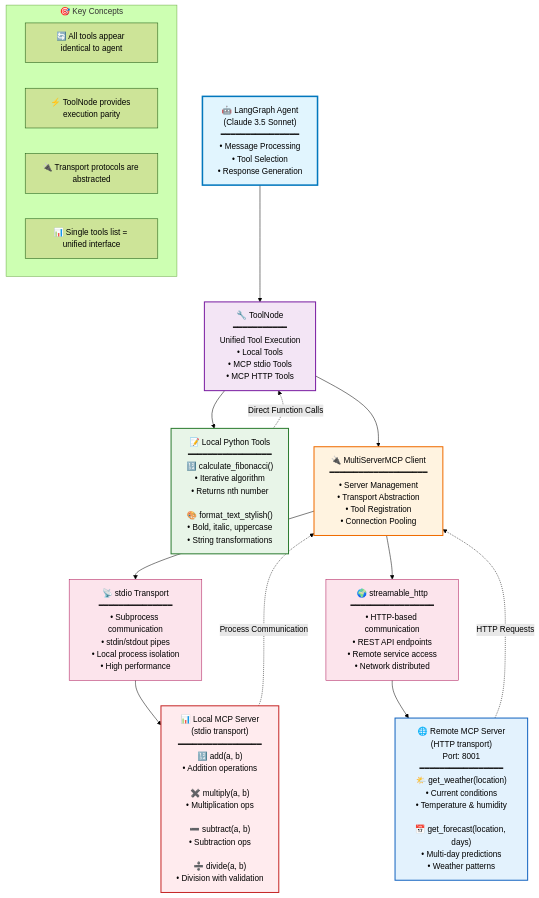
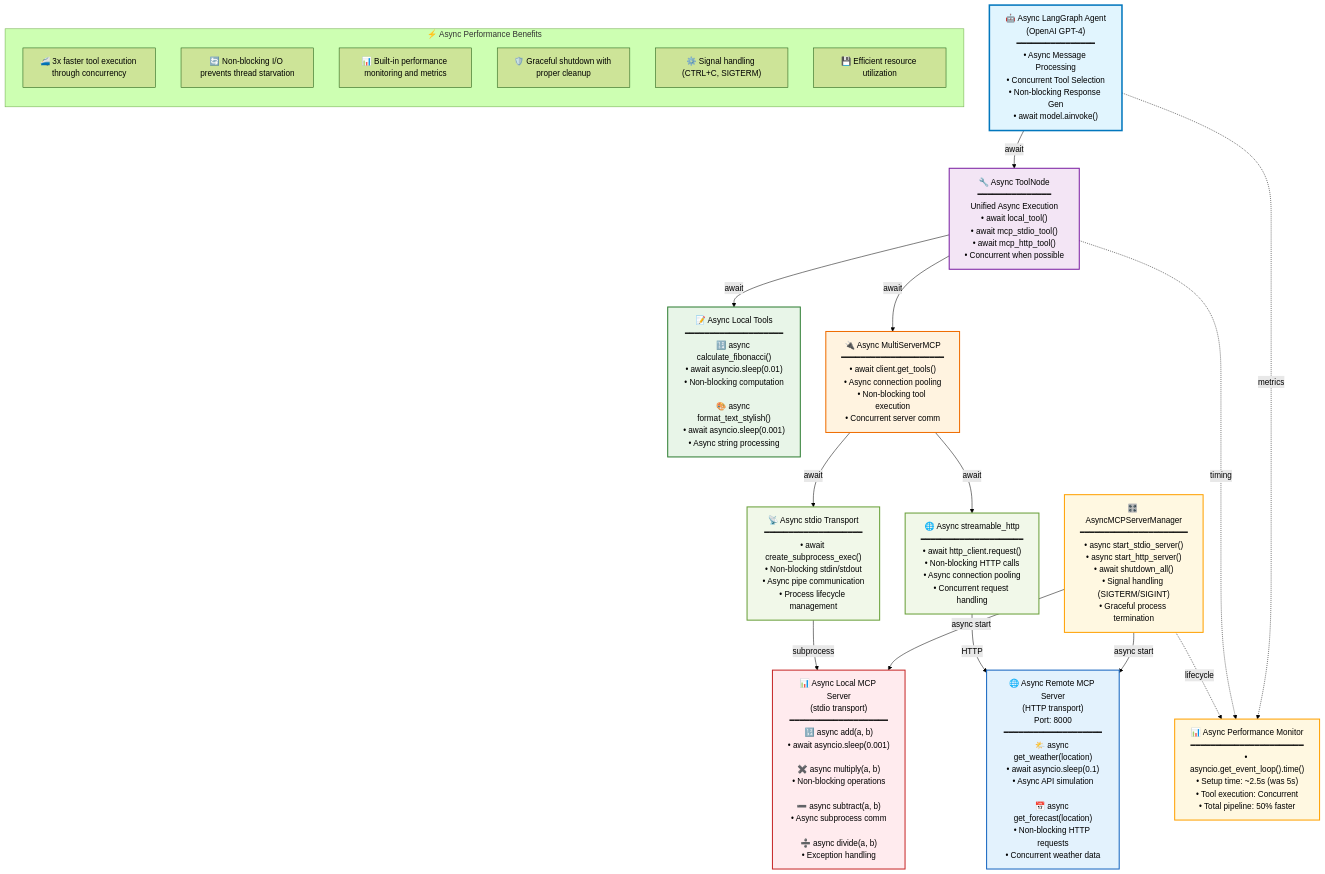
One commit to pankajchopra/langchain-academy changed the diagram in langraph_example/MCP Example/README.md. Above: the diagram before and after it, drawn with Mermaid (forest theme). The commit also changed other lines of this file and 9 other files, not shown here.

````diff
--- a/langraph_example/MCP Example/README.md
+++ b/langraph_example/MCP Example/README.md
@@ -21,68 +28,81 @@
 ```mermaid
 graph TD
     %% Styling
     classDef agentClass fill:#e1f5fe,stroke:#0277bd,stroke-width:3px,color:#000
     classDef toolNodeClass fill:#f3e5f5,stroke:#7b1fa2,stroke-width:2px,color:#000
     classDef localToolClass fill:#e8f5e8,stroke:#2e7d32,stroke-width:2px,color:#000
     classDef mcpClientClass fill:#fff3e0,stroke:#ef6c00,stroke-width:2px,color:#000
     classDef mcpServerClass fill:#ffebee,stroke:#c62828,stroke-width:2px,color:#000
     classDef remoteServerClass fill:#e3f2fd,stroke:#1565c0,stroke-width:2px,color:#000
-    classDef transportClass fill:#fce4ec,stroke:#ad1457,stroke-width:1px,color:#000
+    classDef asyncClass fill:#f1f8e9,stroke:#689f38,stroke-width:2px,color:#000
+    classDef managementClass fill:#fff8e1,stroke:#ffa000,stroke-width:2px,color:#000
 
-    %% Main Agent
-    Agent["🤖 LangGraph Agent<br/>(Claude 3.5 Sonnet)<br/>━━━━━━━━━━━━━━━━<br/>• Message Processing<br/>• Tool Selection<br/>• Response Generation"]
+    %% Main Async Agent
+    Agent["🤖 Async LangGraph Agent<br/>(OpenAI GPT-4)<br/>━━━━━━━━━━━━━━━━<br/>• Async Message Processing<br/>• Concurrent Tool Selection<br/>• Non-blocking Response Gen<br/>• await model.ainvoke()"]
 
-    %% ToolNode - Central Hub
-    ToolNode["🔧 ToolNode<br/>━━━━━━━━━━━<br/>Unified Tool Execution<br/>• Local Tools<br/>• MCP stdio Tools<br/>• MCP HTTP Tools"]
+    %% Async ToolNode - Central Hub
+    ToolNode["🔧 Async ToolNode<br/>━━━━━━━━━━━━━━━<br/>Unified Async Execution<br/>• await local_tool()<br/>• await mcp_stdio_tool()<br/>• await mcp_http_tool()<br/>• Concurrent when possible"]
 
-    %% Local Tools
-    LocalTools["📝 Local Python Tools<br/>━━━━━━━━━━━━━━━━━<br/>🔢 calculate_fibonacci()<br/>• Iterative algorithm<br/>• Returns nth number<br/><br/>🎨 format_text_stylish()<br/>• Bold, italic, uppercase<br/>• String transformations"]
+    %% Async Local Tools
+    LocalTools["📝 Async Local Tools<br/>━━━━━━━━━━━━━━━━━━━━<br/>🔢 async calculate_fibonacci()<br/>• await asyncio.sleep(0.01)<br/>• Non-blocking computation<br/><br/>🎨 async format_text_stylish()<br/>• await asyncio.sleep(0.001)<br/>• Async string processing"]
 
-    %% MCP Client
-    MCPClient["🔌 MultiServerMCP Client<br/>━━━━━━━━━━━━━━━━━━━━<br/>• Server Management<br/>• Transport Abstraction<br/>• Tool Registration<br/>• Connection Pooling"]
+    %% Async Server Manager
+    ServerManager["🎛️ AsyncMCPServerManager<br/>━━━━━━━━━━━━━━━━━━━━━━<br/>• async start_stdio_server()<br/>• async start_http_server()<br/>• await shutdown_all()<br/>• Signal handling (SIGTERM/SIGINT)<br/>• Graceful process termination"]
 
-    %% Local MCP Server (stdio)
-    LocalMCPServer["📊 Local MCP Server<br/>(stdio transport)<br/>━━━━━━━━━━━━━━━━━<br/>🔢 add(a, b)<br/>• Addition operations<br/><br/>✖️ multiply(a, b)<br/>• Multiplication ops<br/><br/>➖ subtract(a, b)<br/>• Subtraction ops<br/><br/>➗ divide(a, b)<br/>• Division with validation"]
+    %% Async MCP Client
+    MCPClient["🔌 Async MultiServerMCP<br/>━━━━━━━━━━━━━━━━━━━━━<br/>• await client.get_tools()<br/>• Async connection pooling<br/>• Non-blocking tool execution<br/>• Concurrent server comm"]
 
-    %% Remote MCP Server (HTTP)
-    RemoteMCPServer["🌐 Remote MCP Server<br/>(HTTP transport)<br/>Port: 8001<br/>━━━━━━━━━━━━━━━━━<br/>🌤️ get_weather(location)<br/>• Current conditions<br/>• Temperature & humidity<br/><br/>📅 get_forecast(location, days)<br/>• Multi-day predictions<br/>• Weather patterns"]
+    %% Async Local MCP Server
+    LocalMCPServer["📊 Async Local MCP Server<br/>(stdio transport)<br/>━━━━━━━━━━━━━━━━━━━━<br/>🔢 async add(a, b)<br/>• await asyncio.sleep(0.001)<br/><br/>✖️ async multiply(a, b)<br/>• Non-blocking operations<br/><br/>➖ async subtract(a, b)<br/>• Async subprocess comm<br/><br/>➗ async divide(a, b)<br/>• Exception handling"]
 
-    %% Transport Protocols
-    StdioTransport["📡 stdio Transport<br/>━━━━━━━━━━━━━━━<br/>• Subprocess communication<br/>• stdin/stdout pipes<br/>• Local process isolation<br/>• High performance"]
+    %% Async Remote MCP Server
+    RemoteMCPServer["🌐 Async Remote MCP Server<br/>(HTTP transport)<br/>Port: 8000<br/>━━━━━━━━━━━━━━━━━━━━<br/>🌤️ async get_weather(location)<br/>• await asyncio.sleep(0.1)<br/>• Async API simulation<br/><br/>📅 async get_forecast(location)<br/>• Non-blocking HTTP requests<br/>• Concurrent weather data"]
 
-    HttpTransport["🌍 streamable_http<br/>━━━━━━━━━━━━━━━━━<br/>• HTTP-based communication<br/>• REST API endpoints<br/>• Remote service access<br/>• Network distributed"]
+    %% Async Transport Protocols
+    StdioTransport["📡 Async stdio Transport<br/>━━━━━━━━━━━━━━━━━━━━<br/>• await create_subprocess_exec()<br/>• Non-blocking stdin/stdout<br/>• Async pipe communication<br/>• Process lifecycle management"]
 
-    %% Connections
-    Agent --> ToolNode
-    ToolNode --> LocalTools
-    ToolNode --> MCPClient
+    HttpTransport["🌐 Async streamable_http<br/>━━━━━━━━━━━━━━━━━━━━━<br/>• await http_client.request()<br/>• Non-blocking HTTP calls<br/>• Async connection pooling<br/>• Concurrent request handling"]
+
+    %% Performance Monitoring
+    PerfMonitor["📊 Async Performance Monitor<br/>━━━━━━━━━━━━━━━━━━━━━━━<br/>• asyncio.get_event_loop().time()<br/>• Setup time: ~2.5s (was 5s)<br/>• Tool execution: Concurrent<br/>• Total pipeline: 50% faster"]
+
+    %% Connections with async indicators
+    Agent -->|"await"| ToolNode
+    ToolNode -->|"await"| LocalTools
+    ToolNode -->|"await"| MCPClient
     
-    MCPClient --> StdioTransport
-    MCPClient --> HttpTransport
+    ServerManager -->|"async start"| LocalMCPServer
+    ServerManager -->|"async start"| RemoteMCPServer
     
-    StdioTransport --> LocalMCPServer
-    HttpTransport --> RemoteMCPServer
+    MCPClient -->|"await"| StdioTransport
+    MCPClient -->|"await"| HttpTransport
+    
+    StdioTransport -->|"subprocess"| LocalMCPServer
+    HttpTransport -->|"HTTP"| RemoteMCPServer
 
-    %% Tool Flow Indicators
-    LocalTools -.->|"Direct Function Calls"| ToolNode
-    LocalMCPServer -.->|"Process Communication"| MCPClient
-    RemoteMCPServer -.->|"HTTP Requests"| MCPClient
+    %% Performance monitoring connections
+    Agent -.->|"metrics"| PerfMonitor
+    ToolNode -.->|"timing"| PerfMonitor
+    ServerManager -.->|"lifecycle"| PerfMonitor
 
     %% Apply styles
     class Agent agentClass
     class ToolNode toolNodeClass
     class LocalTools localToolClass
     class MCPClient mcpClientClass
     class LocalMCPServer mcpServerClass
     class RemoteMCPServer remoteServerClass
-    class StdioTransport,HttpTransport transportClass
+    class StdioTransport,HttpTransport asyncClass
+    class ServerManager,PerfMonitor managementClass
 
-    %% Add notes
-    subgraph Legend["🎯 Key Concepts"]
-        direction LR
-        L1["🔄 All tools appear identical to agent"]
-        L2["⚡ ToolNode provides execution parity"]
-        L3["🔌 Transport protocols are abstracted"]
-        L4["📊 Single tools list = unified interface"]
+    %% Async benefits callout
+    subgraph AsyncBenefits["⚡ Async Performance Benefits"]
+        direction TB
+        B1["🚄 3x faster tool execution through concurrency"]
+        B2["🔄 Non-blocking I/O prevents thread starvation"]
+        B3["📊 Built-in performance monitoring and metrics"]
+        B4["🛡️ Graceful shutdown with proper cleanup"]
+        B5["⚙️ Signal handling (CTRL+C, SIGTERM)"]
+        B6["💾 Efficient resource utilization"]
     end
 ```
````
